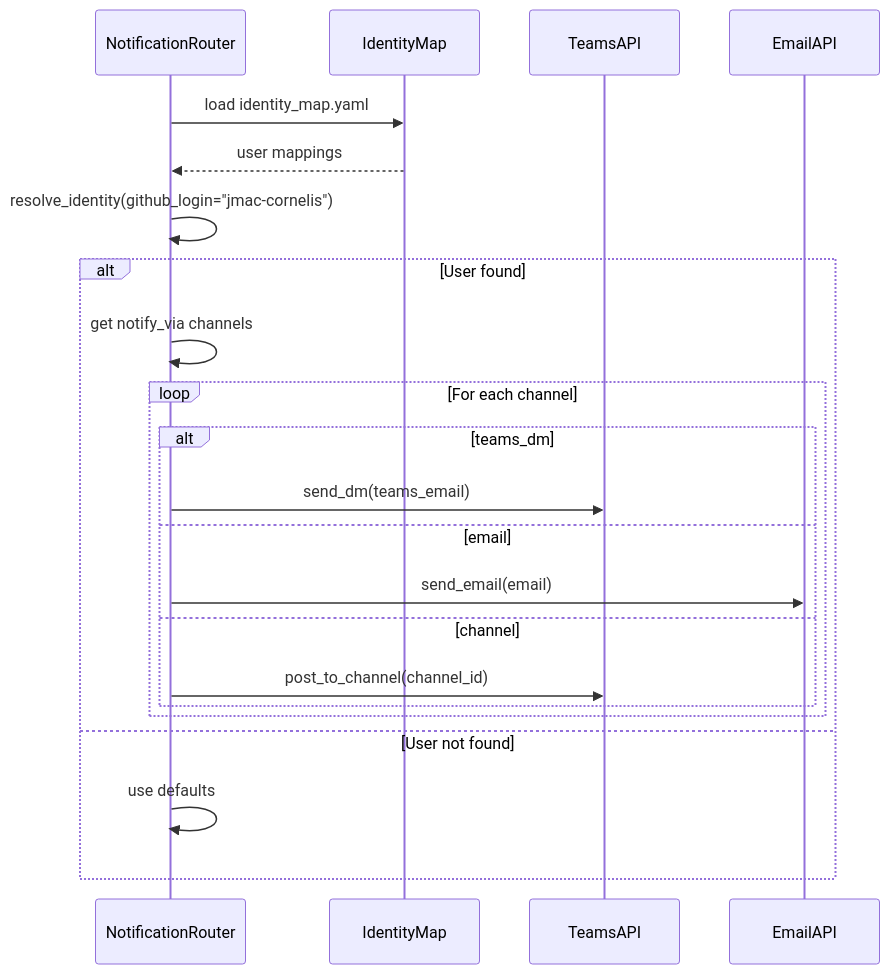
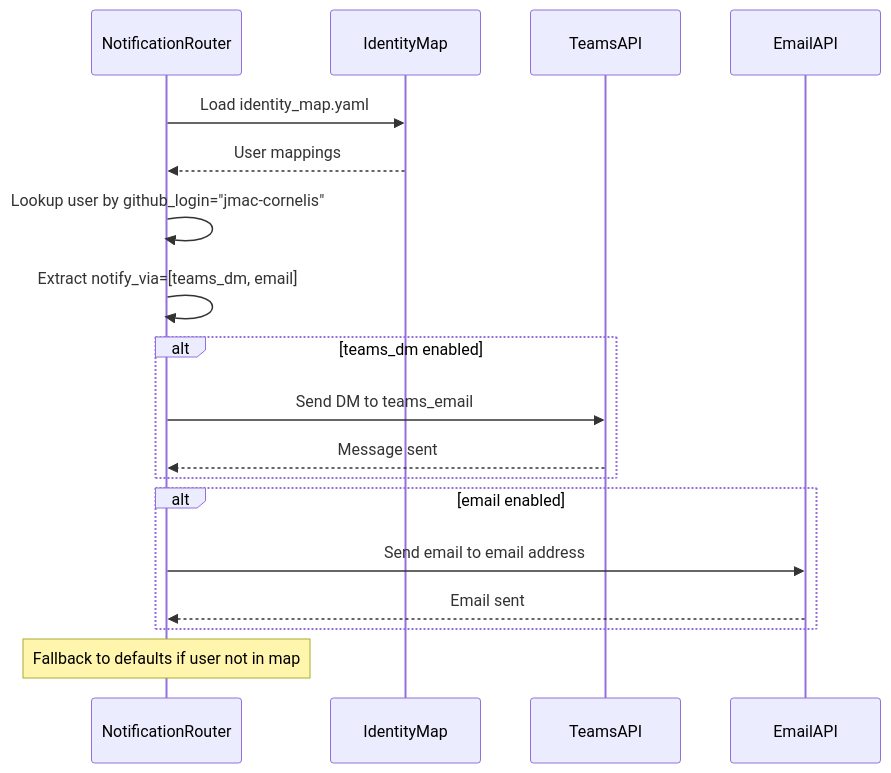
Before and after one commit to jmac-cornelis/agent-workforce: the fourth of 4 diagrams in docs/config.md, drawn with Mermaid. The commit also changed other lines of this file and 7 other files, not shown here.

````diff
--- a/docs/config.md
+++ b/docs/config.md
@@ -117,28 +133,25 @@
 ```mermaid
 sequenceDiagram
     participant NotificationRouter
     participant IdentityMap
     participant TeamsAPI
     participant EmailAPI
     
-    NotificationRouter->>IdentityMap: load identity_map.yaml
-    IdentityMap-->>NotificationRouter: user mappings
+    NotificationRouter->>IdentityMap: Load identity_map.yaml
+    IdentityMap-->>NotificationRouter: User mappings
     
-    NotificationRouter->>NotificationRouter: resolve_identity(github_login="jmac-cornelis")
+    NotificationRouter->>NotificationRouter: Lookup user by github_login="jmac-cornelis"
+    NotificationRouter->>NotificationRouter: Extract notify_via=[teams_dm, email]
     
-    alt User found
-        NotificationRouter->>NotificationRouter: get notify_via channels
-        
-        loop For each channel
-            alt teams_dm
-                NotificationRouter->>TeamsAPI: send_dm(teams_email)
-            else email
-                NotificationRouter->>EmailAPI: send_email(email)
-            else channel
-                NotificationRouter->>TeamsAPI: post_to_channel(channel_id)
-            end
-        end
-    else User not found
-        NotificationRouter->>NotificationRouter: use defaults
+    alt teams_dm enabled
+        NotificationRouter->>TeamsAPI: Send DM to teams_email
+        TeamsAPI-->>NotificationRouter: Message sent
     end
+    
+    alt email enabled
+        NotificationRouter->>EmailAPI: Send email to email address
+        EmailAPI-->>NotificationRouter: Email sent
+    end
+    
+    Note over NotificationRouter: Fallback to defaults if user not in map
 ```
````
